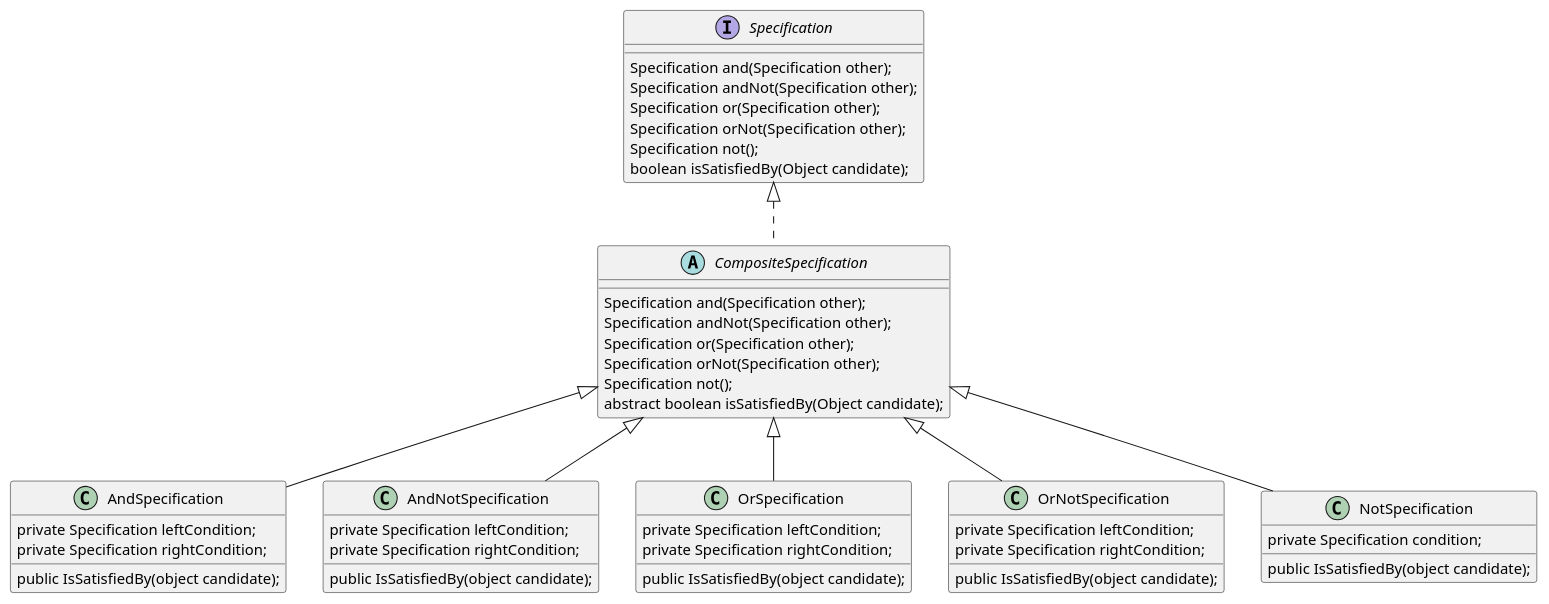
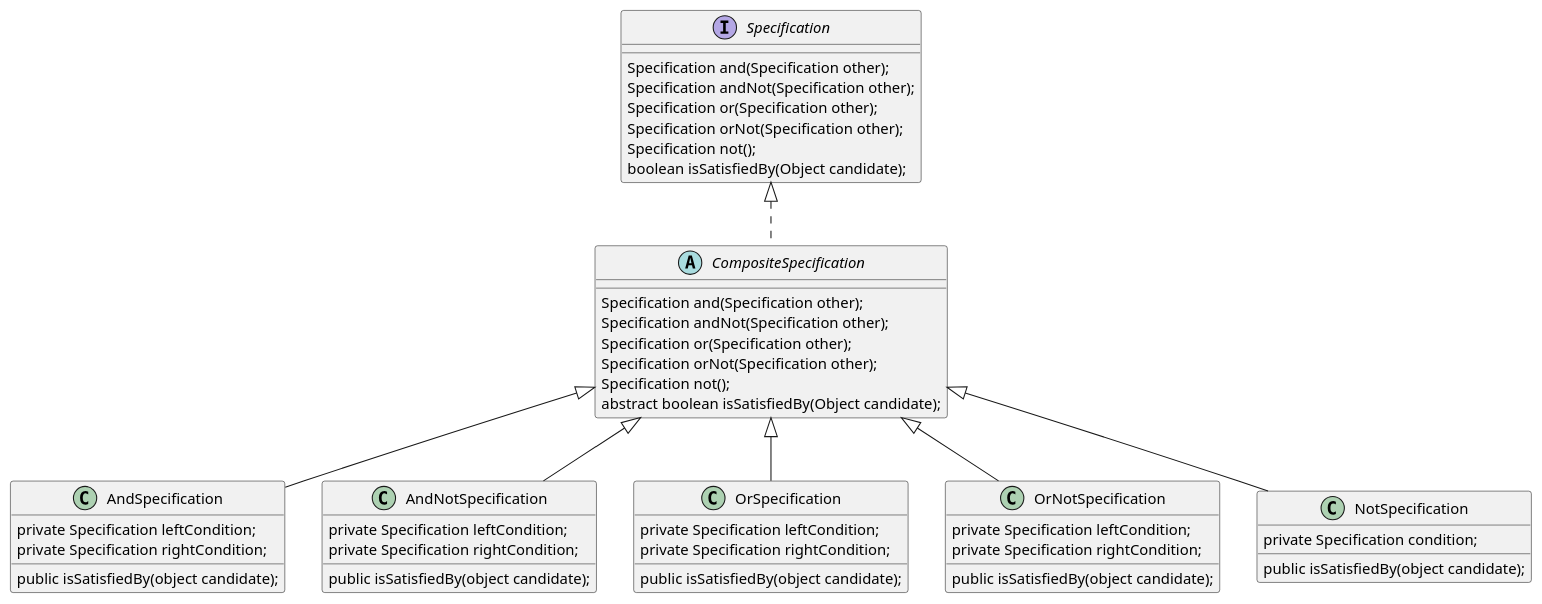
One commit to devyonghee/design-pattern-java changed the diagram in specification/diagram.puml. Above: the diagram before and after it, drawn with PlantUML.

Commit message:
:pencil2: fix typo

```diff
--- a/specification/diagram.puml
+++ b/specification/diagram.puml
@@ -1,57 +1,57 @@
 @startuml
 'https://plantuml.com/class-diagram
 
 interface Specification {
   Specification and(Specification other);
   Specification andNot(Specification other);
   Specification or(Specification other);
   Specification orNot(Specification other);
   Specification not();
   boolean isSatisfiedBy(Object candidate);
 }
 
 abstract class CompositeSpecification implements Specification {
   Specification and(Specification other);
   Specification andNot(Specification other);
   Specification or(Specification other);
   Specification orNot(Specification other);
   Specification not();
   abstract boolean isSatisfiedBy(Object candidate);
 }
 
 class AndSpecification extends CompositeSpecification {
   private Specification leftCondition;
   private Specification rightCondition;
 
-  public IsSatisfiedBy(object candidate);
+  public isSatisfiedBy(object candidate);
 }
 
 class AndNotSpecification extends CompositeSpecification {
   private Specification leftCondition;
   private Specification rightCondition;
 
-  public IsSatisfiedBy(object candidate);
+  public isSatisfiedBy(object candidate);
 }
 
 class OrSpecification extends CompositeSpecification {
   private Specification leftCondition;
   private Specification rightCondition;
 
-  public IsSatisfiedBy(object candidate);
+  public isSatisfiedBy(object candidate);
 }
 
 class OrNotSpecification extends CompositeSpecification {
   private Specification leftCondition;
   private Specification rightCondition;
 
-  public IsSatisfiedBy(object candidate);
+  public isSatisfiedBy(object candidate);
 }
 
 class NotSpecification extends CompositeSpecification {
   private Specification condition;
 
-  public IsSatisfiedBy(object candidate);
+  public isSatisfiedBy(object candidate);
 }
 
 
 @enduml
```
